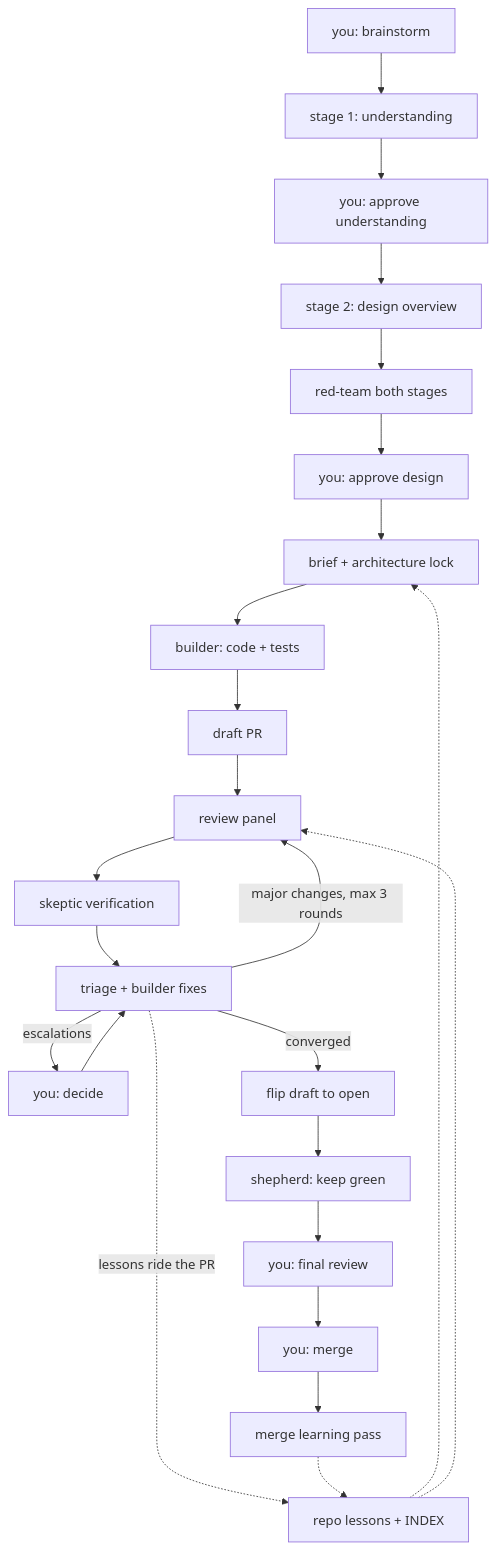
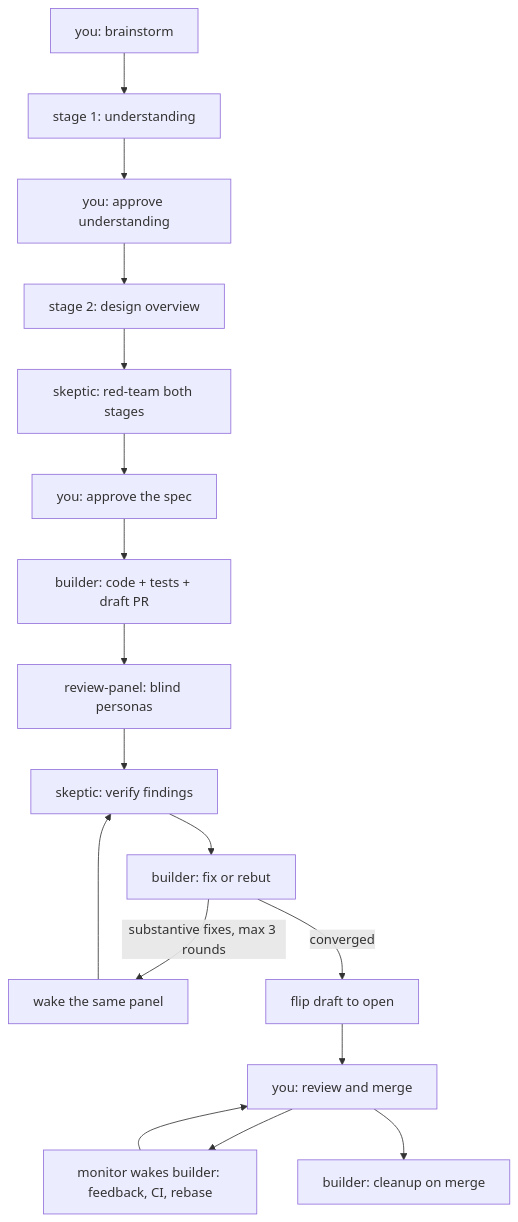
The diagram in ARCHITECTURE.md (palazzem/claude-config), drawn with Mermaid before and after one commit. The commit also changed other lines of this file and 37 other files, not shown here.

````diff
--- a/ARCHITECTURE.md
+++ b/ARCHITECTURE.md
@@ -9,26 +7,19 @@
 ```mermaid
 flowchart TD
     Y1[you: brainstorm] --> U[stage 1: understanding]
     U --> Y2[you: approve understanding]
     Y2 --> D[stage 2: design overview]
-    D --> R[red-team both stages]
-    R --> Y3[you: approve design]
-    Y3 --> BR[brief + architecture lock]
-    BR --> B[builder: code + tests]
-    B --> DP[draft PR]
-    DP --> P[review panel]
-    P --> S[skeptic verification]
-    S --> T[triage + builder fixes]
-    T -->|major changes, max 3 rounds| P
-    T -->|escalations| Y4[you: decide]
-    Y4 --> T
-    T -->|converged| O[flip draft to open]
-    O --> SH[shepherd: keep green]
-    SH --> Y5[you: final review]
-    Y5 --> Y6[you: merge]
-    Y6 --> LP[merge learning pass]
-    T -.->|lessons ride the PR| L[repo lessons + INDEX]
-    LP -.-> L
-    L -.-> BR
-    L -.-> P
+    D --> R[skeptic: red-team both stages]
+    R --> Y3[you: approve the spec]
+    Y3 --> B[builder: code + tests + draft PR]
+    B --> P[review-panel: blind personas]
+    P --> S[skeptic: verify findings]
+    S --> F[builder: fix or rebut]
+    F -->|substantive fixes, max 3 rounds| W[wake the same panel]
+    W --> S
+    F -->|converged| O[flip draft to open]
+    O --> Y4[you: review and merge]
+    Y4 --> M[monitor wakes builder: feedback, CI, rebase]
+    M --> Y4
+    Y4 --> C[builder: cleanup on merge]
 ```
````
